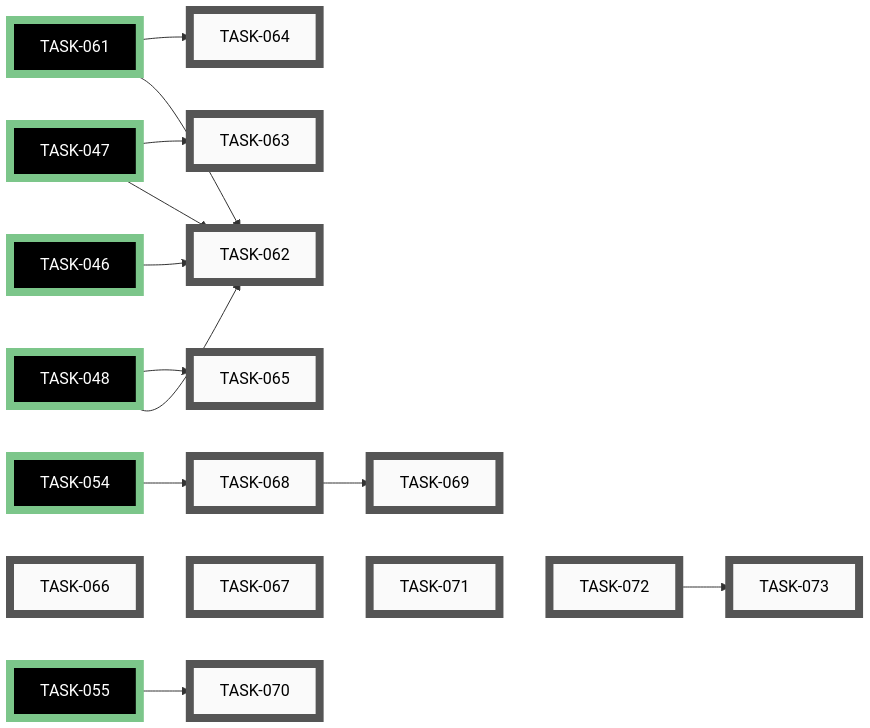
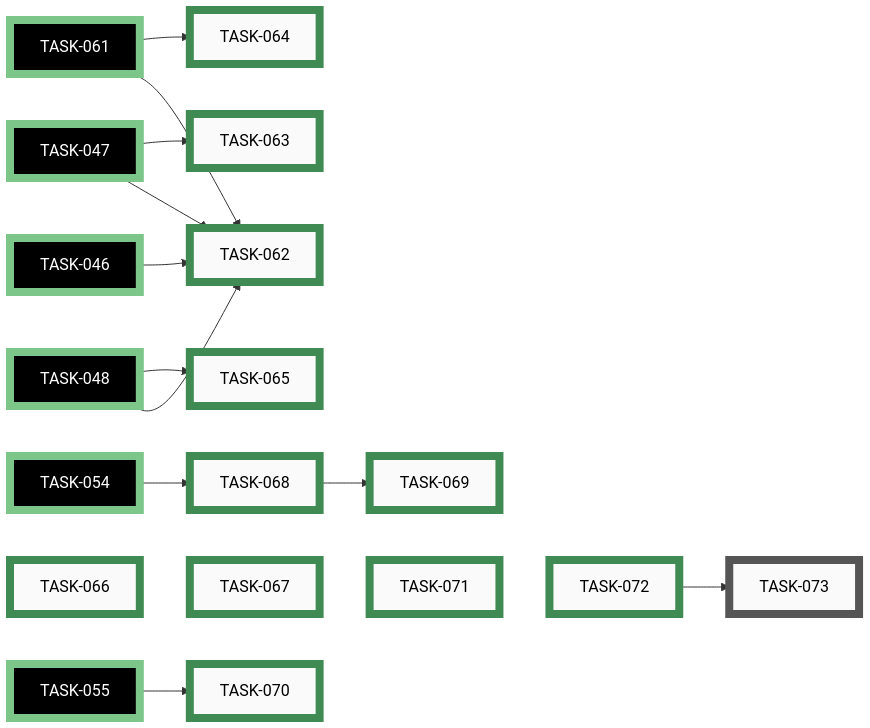
The ninth of 10 diagrams in docs/developers/tasks/EPICS.md (tgd1975/CircuitSmith), drawn with Mermaid before and after one commit. The commit also changed other lines of this file and 12 other files, not shown here.

````diff
--- a/docs/developers/tasks/EPICS.md
+++ b/docs/developers/tasks/EPICS.md
@@ -524,59 +527,59 @@
 ```mermaid
 graph LR
-    TASK_062["TASK-062"]:::open
-    TASK_063["TASK-063"]:::open
-    TASK_064["TASK-064"]:::open
-    TASK_065["TASK-065"]:::open
-    TASK_066["TASK-066"]:::open
-    TASK_067["TASK-067"]:::open
-    TASK_068["TASK-068"]:::open
-    TASK_069["TASK-069"]:::open
-    TASK_070["TASK-070"]:::open
-    TASK_071["TASK-071"]:::open
-    TASK_072["TASK-072"]:::open
     TASK_073["TASK-073"]:::open
+    TASK_062["TASK-062"]:::closed
+    TASK_063["TASK-063"]:::closed
+    TASK_064["TASK-064"]:::closed
+    TASK_065["TASK-065"]:::closed
+    TASK_066["TASK-066"]:::closed
+    TASK_067["TASK-067"]:::closed
+    TASK_068["TASK-068"]:::closed
+    TASK_069["TASK-069"]:::closed
+    TASK_070["TASK-070"]:::closed
+    TASK_071["TASK-071"]:::closed
+    TASK_072["TASK-072"]:::closed
     TASK_046["TASK-046"]:::closedExt
     TASK_047["TASK-047"]:::closedExt
     TASK_048["TASK-048"]:::closedExt
     TASK_054["TASK-054"]:::closedExt
     TASK_055["TASK-055"]:::closedExt
     TASK_061["TASK-061"]:::closedExt
+    TASK_072 --> TASK_073
     TASK_046 --> TASK_062
     TASK_047 --> TASK_062
     TASK_048 --> TASK_062
     TASK_061 --> TASK_062
     TASK_047 --> TASK_063
     TASK_061 --> TASK_064
     TASK_048 --> TASK_065
     TASK_054 --> TASK_068
     TASK_068 --> TASK_069
     TASK_055 --> TASK_070
-    TASK_072 --> TASK_073
     TASK_066 ~~~ TASK_067 ~~~ TASK_071 ~~~ TASK_072
-    click TASK_062 "open/task-062-author-development-setup-doc.md"
-    click TASK_063 "open/task-063-author-testing-doc.md"
-    click TASK_064 "open/task-064-author-coding-standards-doc.md"
-    click TASK_065 "open/task-065-author-ci-pipeline-doc.md"
-    click TASK_066 "open/task-066-author-task-system-doc.md"
-    click TASK_067 "open/task-067-author-code-of-conduct.md"
-    click TASK_068 "open/task-068-author-architecture-doc.md"
-    click TASK_069 "open/task-069-author-mermaid-style-guide.md"
-    click TASK_070 "open/task-070-author-security-review-doc.md"
-    click TASK_071 "open/task-071-author-commit-policy-doc.md"
-    click TASK_072 "open/task-072-author-branch-protection-doc.md"
     click TASK_073 "open/task-073-apply-branch-protection.md"
+    click TASK_062 "closed/task-062-author-development-setup-doc.md"
+    click TASK_063 "closed/task-063-author-testing-doc.md"
+    click TASK_064 "closed/task-064-author-coding-standards-doc.md"
+    click TASK_065 "closed/task-065-author-ci-pipeline-doc.md"
+    click TASK_066 "closed/task-066-author-task-system-doc.md"
+    click TASK_067 "closed/task-067-author-code-of-conduct.md"
+    click TASK_068 "closed/task-068-author-architecture-doc.md"
+    click TASK_069 "closed/task-069-author-mermaid-style-guide.md"
+    click TASK_070 "closed/task-070-author-security-review-doc.md"
+    click TASK_071 "closed/task-071-author-commit-policy-doc.md"
+    click TASK_072 "closed/task-072-author-branch-protection-doc.md"
     click TASK_046 "closed/task-046-add-pyproject-and-dev-requirements.md"
     click TASK_047 "closed/task-047-configure-pytest.md"
     click TASK_048 "closed/task-048-add-minimal-ci-workflow.md"
     click TASK_054 "closed/task-054-seed-adr-folder.md"
     click TASK_055 "closed/task-055-code-owner-skills-hook.md"
     click TASK_061 "closed/task-061-adopt-python-linter-formatter.md"
     classDef open    fill:#FAFAFA,stroke:#555,stroke-width:8px,color:#000
     classDef active  fill:#FAFAFA,stroke:#1A6FA8,stroke-width:8px,color:#000
     classDef closed  fill:#FAFAFA,stroke:#3F8B53,stroke-width:8px,color:#000
     classDef paused  fill:#FAFAFA,stroke:#B07810,stroke-width:8px,color:#000
     classDef openExt    fill:#000,stroke:#888,stroke-width:8px,color:#FFF
     classDef activeExt  fill:#000,stroke:#3FA9F5,stroke-width:8px,color:#FFF
     classDef closedExt  fill:#000,stroke:#7CC68A,stroke-width:8px,color:#FFF
     classDef pausedExt  fill:#000,stroke:#F0B030,stroke-width:8px,color:#FFF
 ```
````
